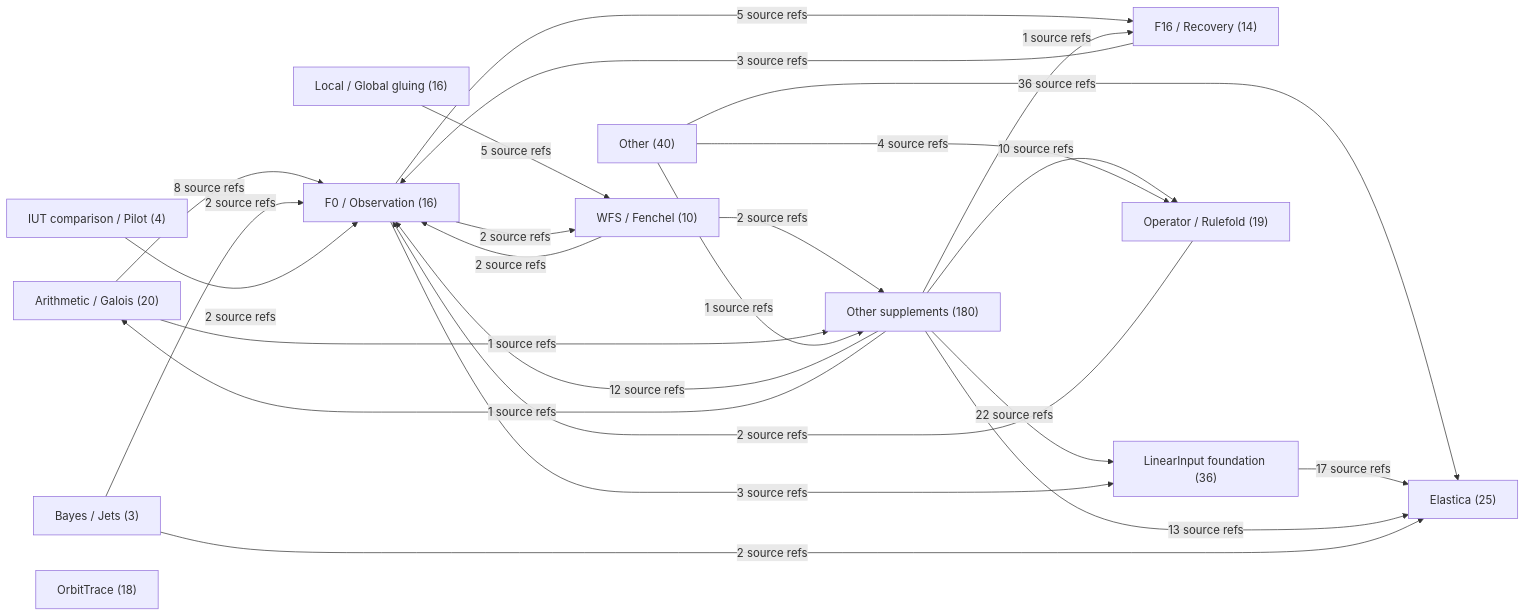
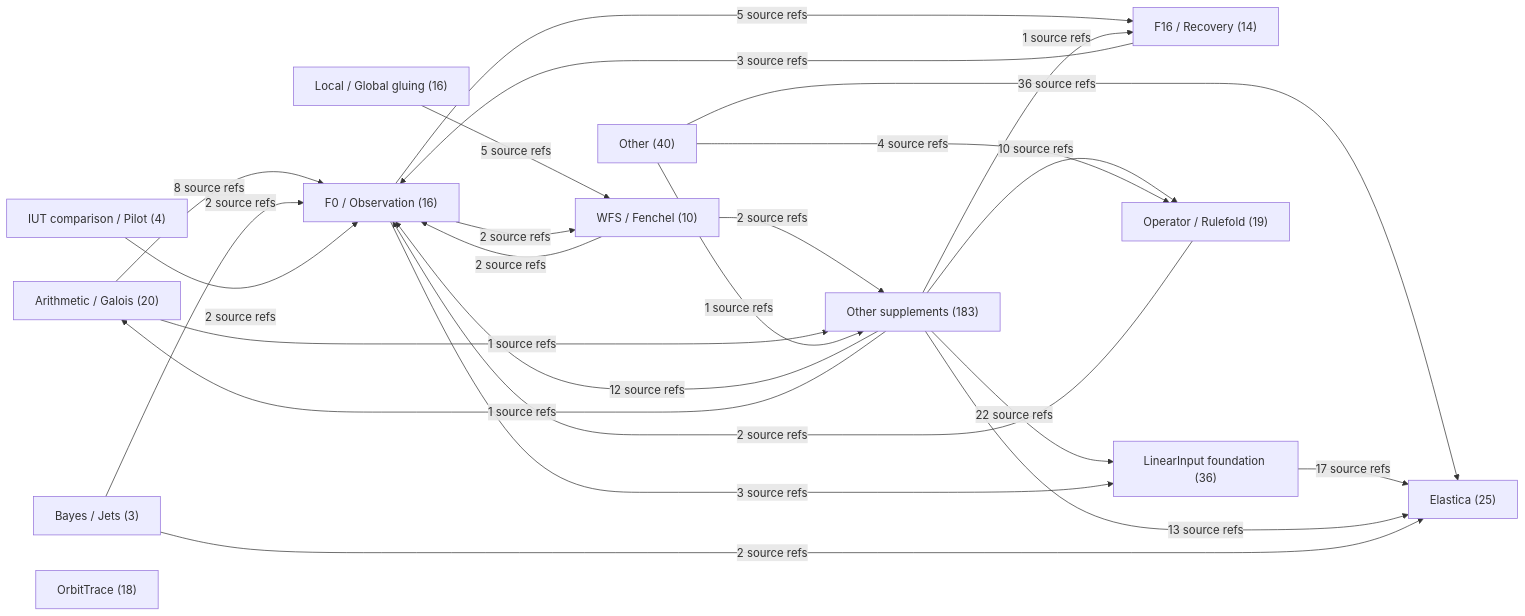
The diagram in docs/dependency/generated/groups.mmd (Sumuji-zkdwn/primitive-lean), drawn with Mermaid before and after one commit. The commit also changed 4 other files, not shown here.

Commit message:
Regenerate dependency graph for geometric Laakso proof snapshot

```diff
--- a/docs/dependency/generated/groups.mmd
+++ b/docs/dependency/generated/groups.mmd
@@ -1,37 +1,37 @@
 flowchart LR
   g0["Arithmetic / Galois (20)"]
   g1["Bayes / Jets (3)"]
   g2["Elastica (25)"]
   g3["F0 / Observation (16)"]
   g4["F16 / Recovery (14)"]
   g5["IUT comparison / Pilot (4)"]
   g6["LinearInput foundation (36)"]
   g7["Local / Global gluing (16)"]
   g8["Operator / Rulefold (19)"]
   g9["OrbitTrace (18)"]
   g10["Other (40)"]
-  g11["Other supplements (180)"]
+  g11["Other supplements (183)"]
   g12["WFS / Fenchel (10)"]
   g10 -->|36 source refs| g2
   g11 -->|22 source refs| g6
   g6 -->|17 source refs| g2
   g11 -->|13 source refs| g2
   g11 -->|12 source refs| g3
   g11 -->|10 source refs| g8
   g0 -->|8 source refs| g3
   g3 -->|5 source refs| g4
   g7 -->|5 source refs| g12
   g10 -->|4 source refs| g8
   g3 -->|3 source refs| g6
   g4 -->|3 source refs| g3
   g1 -->|2 source refs| g2
   g1 -->|2 source refs| g3
   g3 -->|2 source refs| g12
   g5 -->|2 source refs| g3
   g8 -->|2 source refs| g3
   g12 -->|2 source refs| g3
   g12 -->|2 source refs| g11
   g0 -->|1 source refs| g11
   g10 -->|1 source refs| g11
   g11 -->|1 source refs| g0
   g11 -->|1 source refs| g4
```
